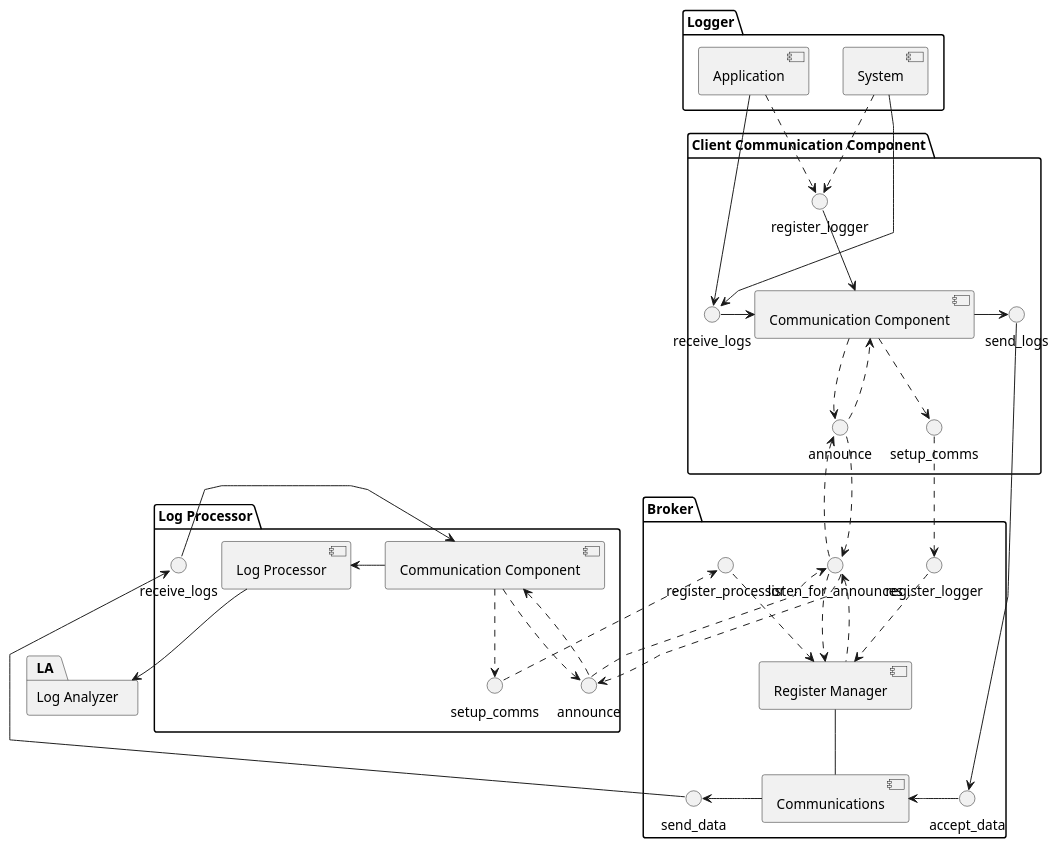
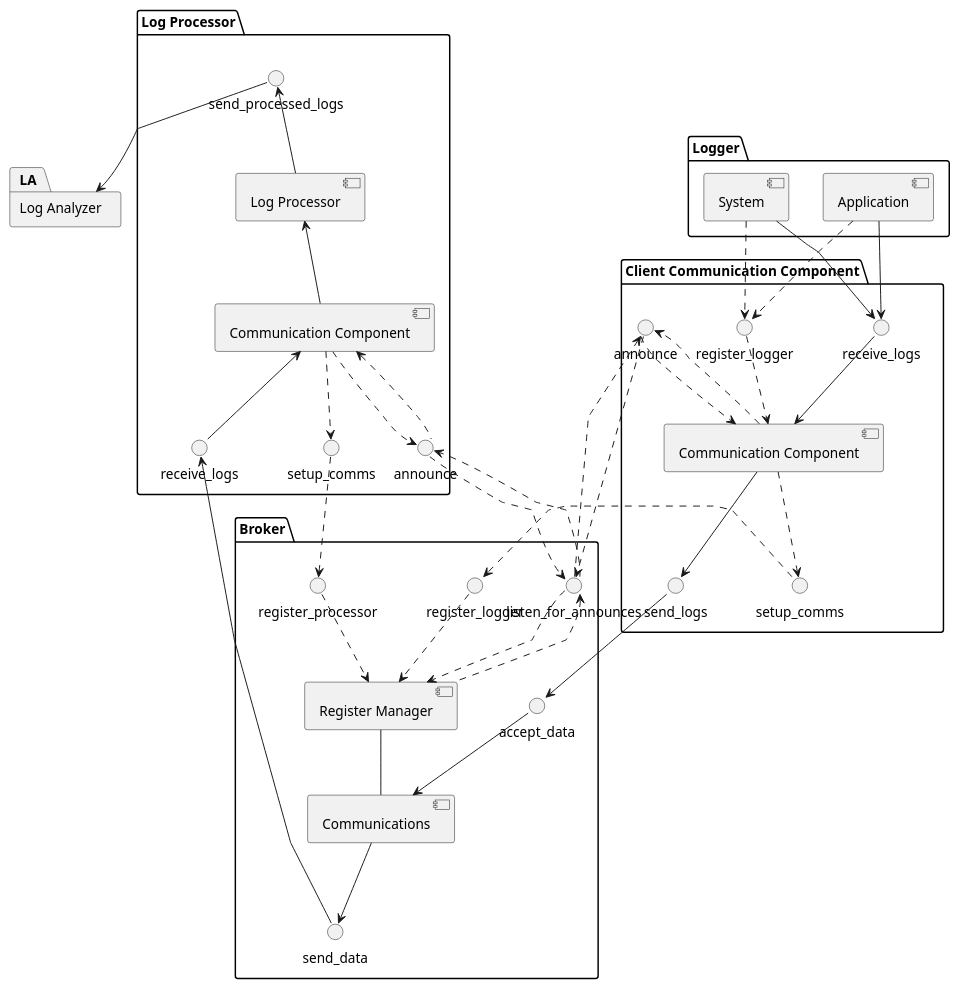
The diagram in estructurales/components_01.puml (jlojosnegros/master_upm_practica_final_arquitectura), drawn with PlantUML before and after one commit.

Commit message:
adding one interface

```diff
--- a/estructurales/components_01.puml
+++ b/estructurales/components_01.puml
@@ -1,95 +1,101 @@
 @startuml
 
 skinparam linetype polyline
 'skinparam linetype ortho
 
 skinparam defaultFontName "Fira Code Retina"
 
 package "Logger" {
 
 [Application]
 [System]
 
 }
 
 package "Client Communication Component" as CCC {
 interface register_logger
 interface send_logs
 interface setup_comms
 interface announce
 interface receive_logs
 [Communication Component] as cc
 
-receive_logs -right-> cc
-register_logger -down-> cc
+receive_logs --> cc
+cc --> send_logs
 
-cc -right-> send_logs
+register_logger ..> cc
 cc .down.> announce
 cc <.up. announce
 cc .down.> setup_comms
 }
 
 package "Broker" {
 interface listen_for_announces
 interface register_logger as b_register_logger
 interface register_processor as b_register_processor
 interface accept_data
 interface send_data
 
 [Register Manager] as rm
 [Communications] as cb
 
 rm -- cb
 
 b_register_logger ..> rm
 b_register_processor ..> rm
 listen_for_announces ..> rm
 listen_for_announces <.. rm
 
-cb -left-> send_data
-accept_data -left-> cb
+cb --> send_data
+accept_data --> cb
 
 }
 
 package "Log Processor" as LP {
 
 interface announce as lp_announce
 interface setup_comms as lp_setup_comms
 interface receive_logs as lp_receive_logs
+interface "send_processed_logs" as lp_send_logs
 
 [Communication Component] as lpcc
 [Log Processor] as lp
 
-lpcc -> lp
+lp_receive_logs -up-> lpcc
+lpcc -up-> lp
+lp -up-> lp_send_logs
+
 lpcc ..> lp_setup_comms
 lpcc ..> lp_announce
 lpcc <.. lp_announce
-lp_receive_logs -> lpcc
+
+
 }
 
 package "Log Analyzer" as LA {
 }
 
+'' Configuration
 [Application] ..> register_logger
 [System] ..> register_logger
 
 announce ..> listen_for_announces
 listen_for_announces ..> announce
 setup_comms ..> b_register_logger
 
 
 lp_announce ..> listen_for_announces
 listen_for_announces ..> lp_announce
 lp_setup_comms ..> b_register_processor
 
 '' Data Path: Apps to client comms
 [Application] --> receive_logs
 [System] --> receive_logs
 
 '' Data Path: client comms to broker
 send_logs --> accept_data
 
 '' Data Path: broker to processors
 send_data --> lp_receive_logs
-lp --> LA
+lp_send_logs --> LA
 @enduml
```
